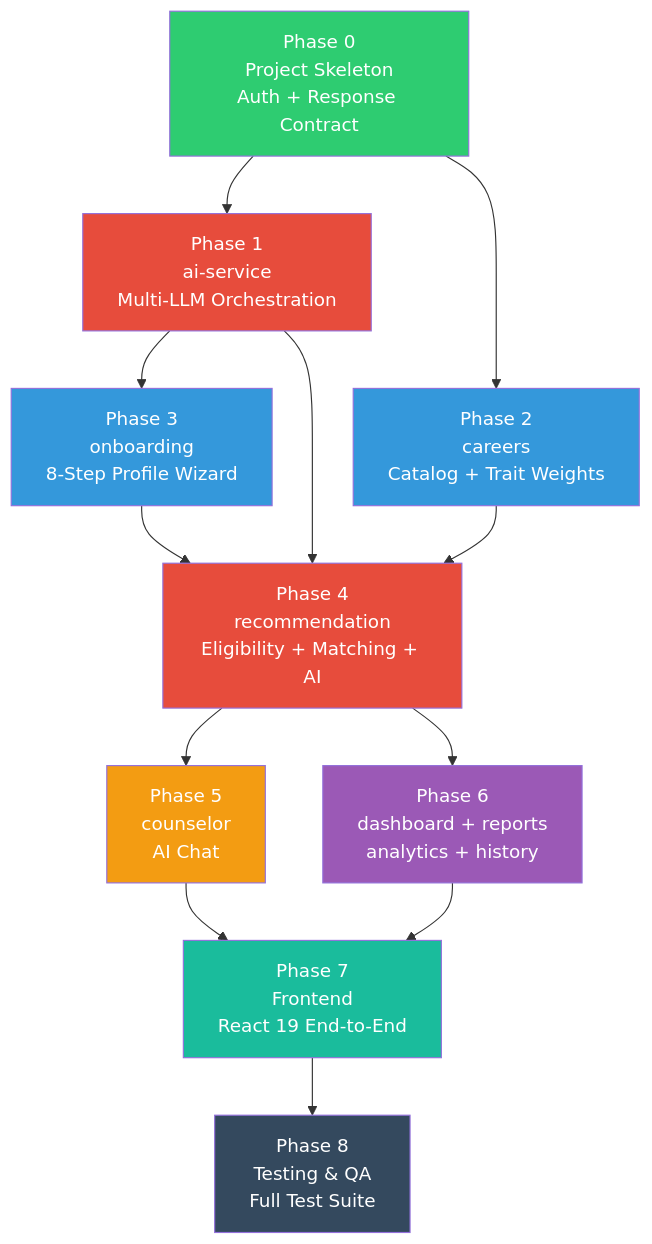
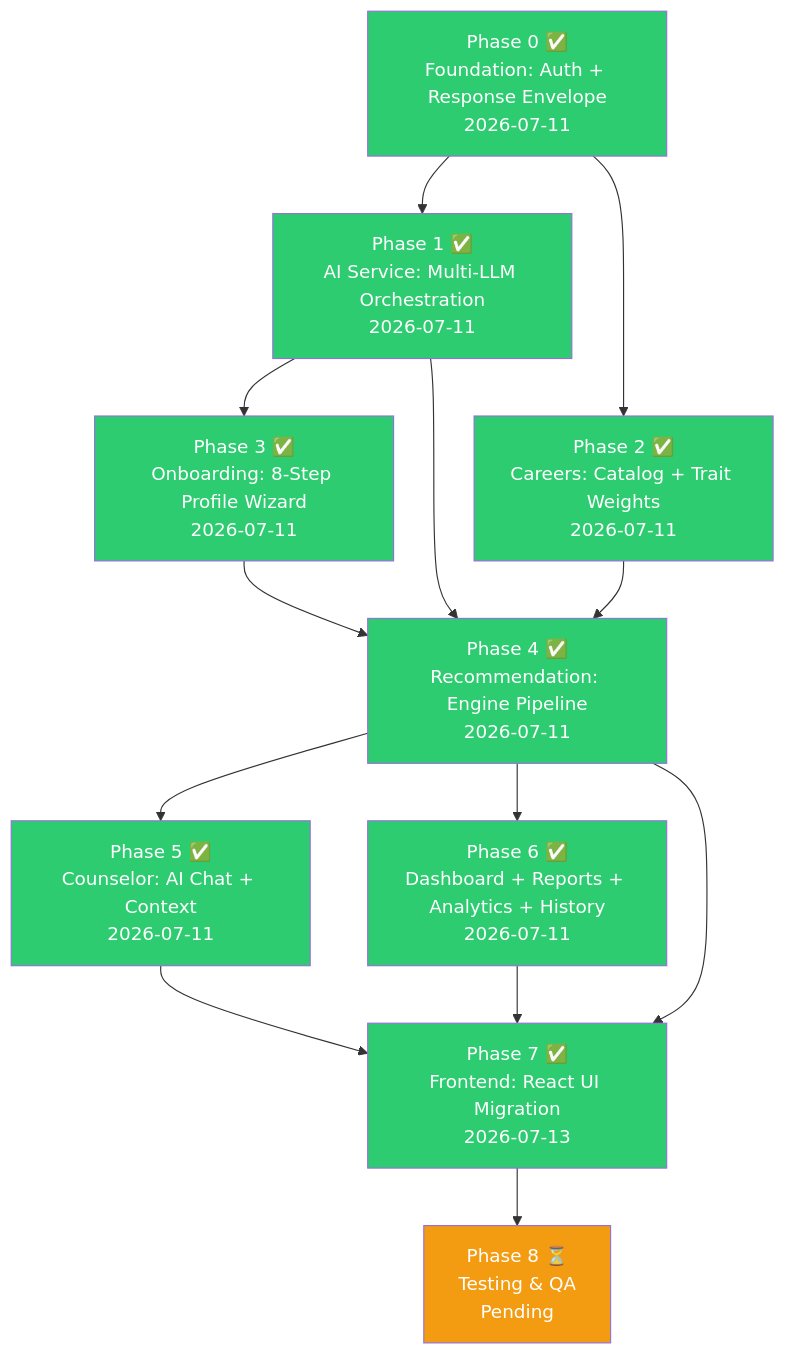
One commit to Vihangpatil37/BHENCHOD changed the second of 2 diagrams in WORKFLOW.md. Above: the diagram before and after it, drawn with Mermaid. The commit also changed other lines of this file and 32 other files, not shown here.

Commit message:
JSON validator fix (ajv + schemas) & AI provider health fix (centralized config, Gemini payload fix, quota fail-fast, live health endpoint, startup validation)

````diff
--- a/WORKFLOW.md
+++ b/WORKFLOW.md
@@ -326,34 +579,29 @@
 ```mermaid
 graph TD
-    P0["Phase 0<br/>Project Skeleton<br/>Auth + Response Contract"]
-    P1["Phase 1<br/>ai-service<br/>Multi-LLM Orchestration"]
-    P2["Phase 2<br/>careers<br/>Catalog + Trait Weights"]
-    P3["Phase 3<br/>onboarding<br/>8-Step Profile Wizard"]
-    P4["Phase 4<br/>recommendation<br/>Eligibility + Matching + AI"]
-    P5["Phase 5<br/>counselor<br/>AI Chat"]
-    P6["Phase 6<br/>dashboard + reports<br/>analytics + history"]
-    P7["Phase 7<br/>Frontend<br/>React 19 End-to-End"]
-    P8["Phase 8<br/>Testing & QA<br/>Full Test Suite"]
+    P0["Phase 0 ✅<br/>Foundation: Auth + Response Envelope<br/>2026-07-11"]
+    P1["Phase 1 ✅<br/>AI Service: Multi-LLM Orchestration<br/>2026-07-11"]
+    P2["Phase 2 ✅<br/>Careers: Catalog + Trait Weights<br/>2026-07-11"]
+    P3["Phase 3 ✅<br/>Onboarding: 8-Step Profile Wizard<br/>2026-07-11"]
+    P4["Phase 4 ✅<br/>Recommendation: Engine Pipeline<br/>2026-07-11"]
+    P5["Phase 5 ✅<br/>Counselor: AI Chat + Context<br/>2026-07-11"]
+    P6["Phase 6 ✅<br/>Dashboard + Reports + Analytics + History<br/>2026-07-11"]
+    P7["Phase 7 ✅<br/>Frontend: React UI Migration<br/>2026-07-13"]
+    P8["Phase 8 ⏳<br/>Testing & QA<br/>Pending"]
 
-    P0 --> P1
-    P0 --> P2
+    P0 --> P1 & P2
     P1 --> P3
-    P1 --> P4
-    P2 --> P4
-    P3 --> P4
-    P4 --> P5
-    P4 --> P6
-    P5 --> P7
-    P6 --> P7
+    P1 & P2 & P3 --> P4
+    P4 --> P5 & P6
+    P4 & P5 & P6 --> P7
     P7 --> P8
 
     style P0 fill:#2ecc71,color:#fff
-    style P1 fill:#e74c3c,color:#fff
-    style P2 fill:#3498db,color:#fff
-    style P3 fill:#3498db,color:#fff
-    style P4 fill:#e74c3c,color:#fff
-    style P5 fill:#f39c12,color:#fff
-    style P6 fill:#9b59b6,color:#fff
-    style P7 fill:#1abc9c,color:#fff
-    style P8 fill:#34495e,color:#fff
+    style P1 fill:#2ecc71,color:#fff
+    style P2 fill:#2ecc71,color:#fff
+    style P3 fill:#2ecc71,color:#fff
+    style P4 fill:#2ecc71,color:#fff
+    style P5 fill:#2ecc71,color:#fff
+    style P6 fill:#2ecc71,color:#fff
+    style P7 fill:#2ecc71,color:#fff
+    style P8 fill:#f39c12,color:#fff
 ```
````
